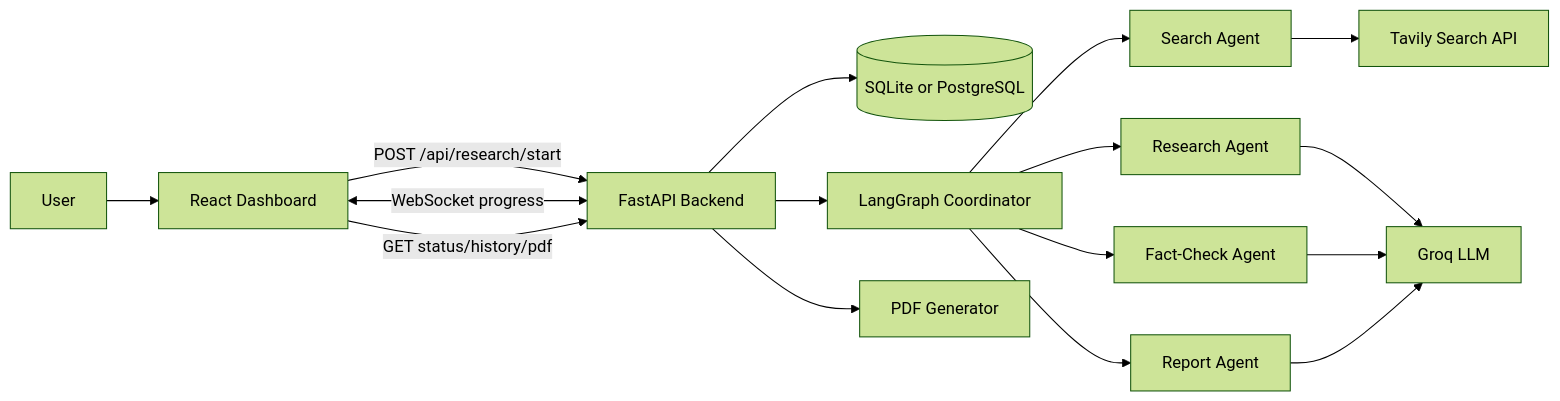
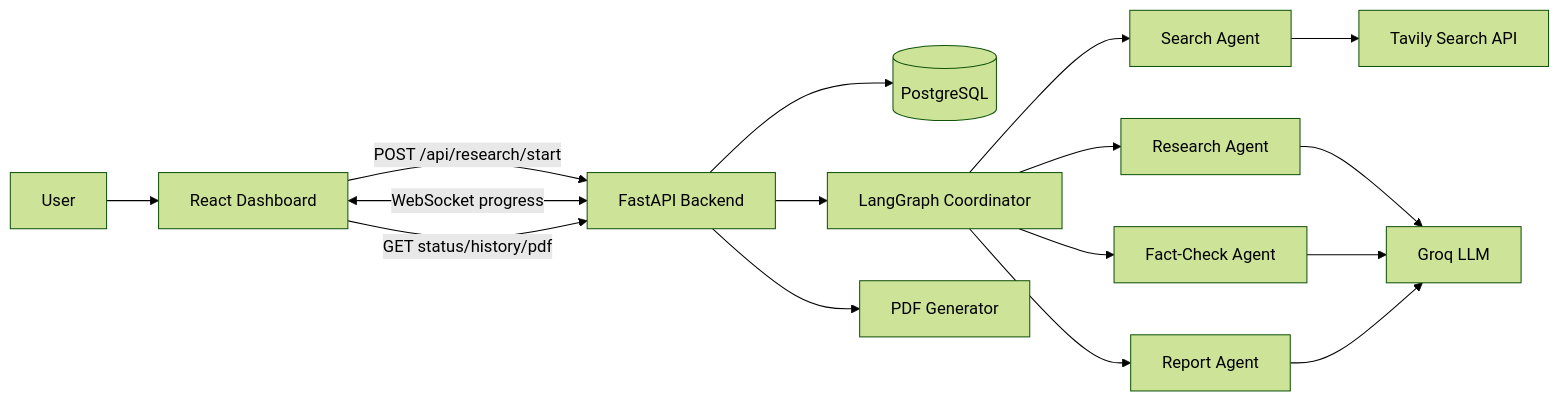
Before and after one commit to shreya661/researchai: the first of 3 diagrams in README.md, drawn with Mermaid (forest theme). The commit also changed other lines of this file and 5 other files, not shown here.

Commit message:
Migrate database to PostgreSQL and update documentation

````diff
--- a/README.md
+++ b/README.md
@@ -18,18 +18,18 @@
 ```mermaid
 flowchart LR
     User[User] --> Dashboard[React Dashboard]
     Dashboard -->|POST /api/research/start| API[FastAPI Backend]
     Dashboard <-->|WebSocket progress| API
     Dashboard -->|GET status/history/pdf| API
-    API --> DB[(SQLite or PostgreSQL)]
+    API --> DB[(PostgreSQL)]
     API --> Graph[LangGraph Coordinator]
     Graph --> Search[Search Agent]
     Search --> Tavily[Tavily Search API]
     Graph --> Research[Research Agent]
     Research --> Groq[Groq LLM]
     Graph --> FactCheck[Fact-Check Agent]
     FactCheck --> Groq
     Graph --> Report[Report Agent]
     Report --> Groq
     API --> PDF[PDF Generator]
 ```
````
